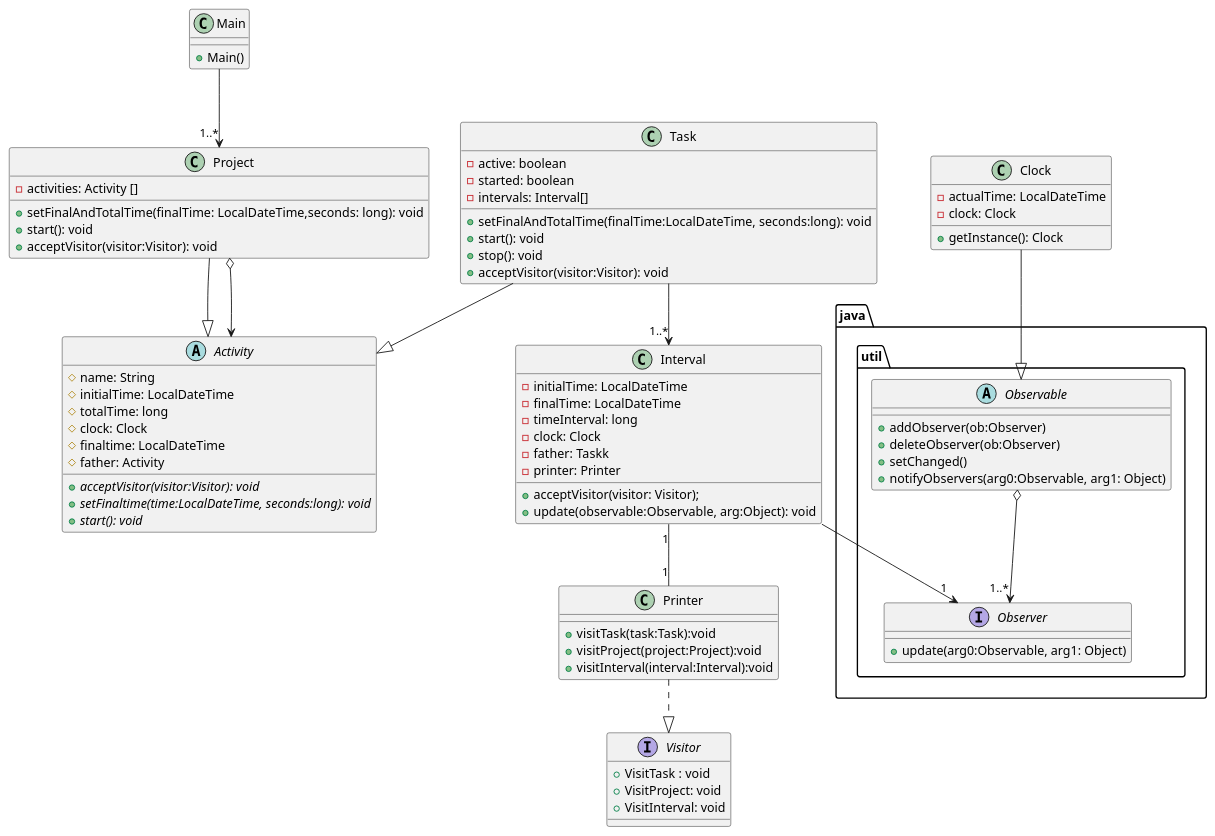
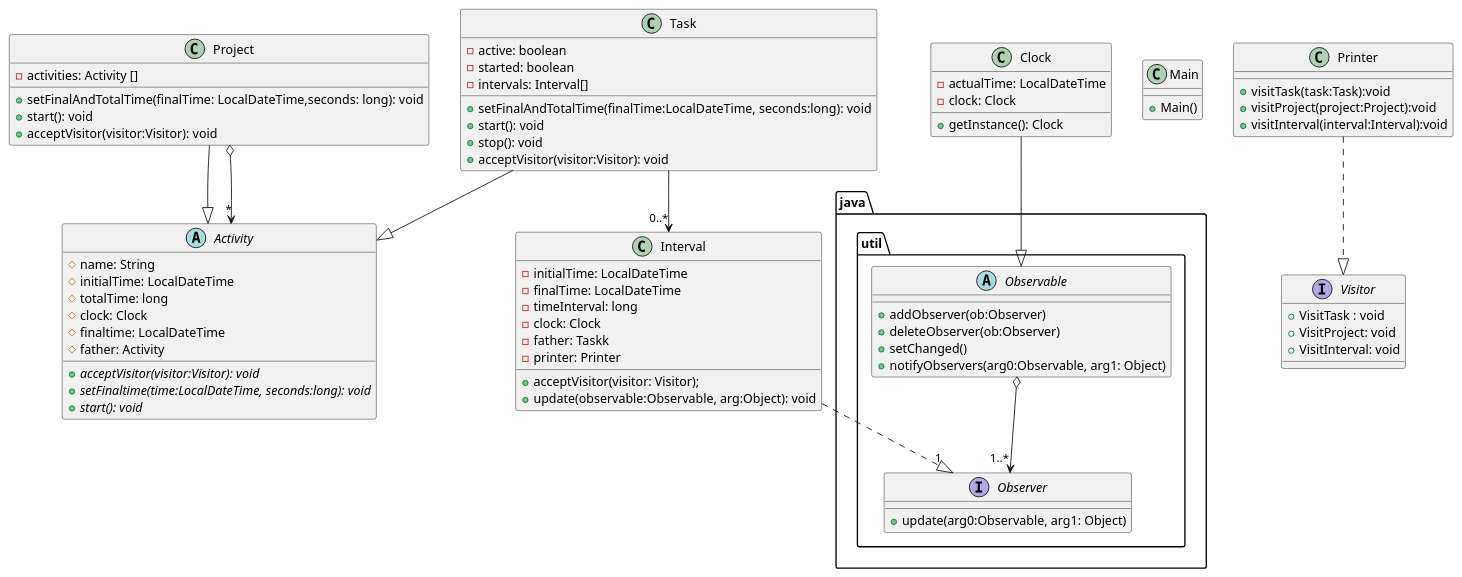
One commit to JPeaceK/TimeTracker changed the diagram in TimeTacker/src/Milestone1_Diagram.puml. Above: the diagram before and after it, drawn with PlantUML.

```diff
--- a/TimeTacker/src/Milestone1_Diagram.puml
+++ b/TimeTacker/src/Milestone1_Diagram.puml
@@ -1,102 +1,103 @@
 @startuml
+skinparam classAtributeIconSize 0
 abstract class Activity{
 # name: String
 # initialTime: LocalDateTime
 # totalTime: long
 # clock: Clock
 # finaltime: LocalDateTime
 # father: Activity
 + {abstract}acceptVisitor(visitor:Visitor): void
 + {abstract}setFinaltime(time:LocalDateTime, seconds:long): void
 + {abstract}start(): void
 }
 
 class Project{
 
 - activities: Activity []
 + setFinalAndTotalTime(finalTime: LocalDateTime,seconds: long): void
 + start(): void
 + acceptVisitor(visitor:Visitor): void
 
 }
 
 class Task{
 - active: boolean
 - started: boolean
 - intervals: Interval[]
 + setFinalAndTotalTime(finalTime:LocalDateTime, seconds:long): void
 + start(): void
 + stop(): void
 + acceptVisitor(visitor:Visitor): void
 
 }
 
 class Interval{
 - initialTime: LocalDateTime
 - finalTime: LocalDateTime
 - timeInterval: long
 - clock: Clock
 - father: Taskk
 - printer: Printer
 
 + acceptVisitor(visitor: Visitor);
 + update(observable:Observable, arg:Object): void
 }
 
 
 
 
 
 class Main{
 + Main()
 }
 
 
 class Printer{
 + visitTask(task:Task):void
 + visitProject(project:Project):void
 + visitInterval(interval:Interval):void
 }
 
 class Clock
 {
 - actualTime: LocalDateTime
 - clock: Clock 
 + getInstance(): Clock
 
 }
 
 
 package java.util <<Folder>>{
 
 abstract class Observable{
 +addObserver(ob:Observer)
 +deleteObserver(ob:Observer)
 +setChanged()
 +notifyObservers(arg0:Observable, arg1: Object)
 }
 interface Observer{
 + update(arg0:Observable, arg1: Object)
 }
 
 
 }
 
 interface Visitor{
 + VisitTask : void
 + VisitProject: void
 + VisitInterval: void
 
 }
 
 Task --|> Activity
 Project --|> Activity
-Project o--> Activity
+Project o--> "*" Activity
 Observable o--> "1..*" Observer
-Interval "1"-- "1" Printer
+
 Clock --|> Observable 
-Task -->"1..*" Interval
-Interval --> "1" Observer
-Main --> "1..*" Project
+Task -->"0..*" Interval
+Interval ..|> "1" Observer
+
 Printer ..|> Visitor
 @enduml
```
